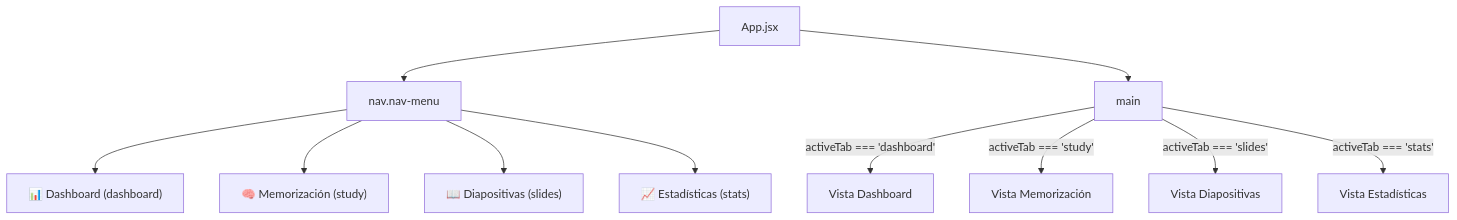
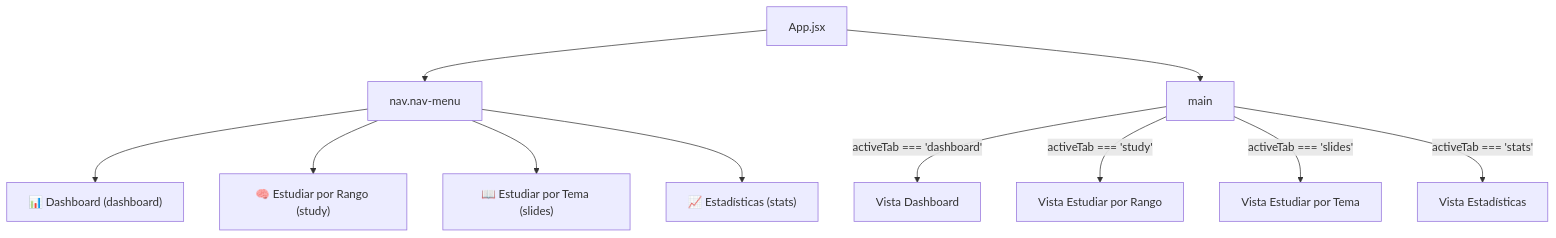
One commit to martinvarela206/MemoCard changed the second of 2 diagrams in Docs/mapa_de_componentes.md. Above: the diagram before and after it, drawn with Mermaid. The commit also changed other lines of this file and 2 other files, not shown here.

````diff
--- a/Docs/mapa_de_componentes.md
+++ b/Docs/mapa_de_componentes.md
@@ -52,15 +52,15 @@
 ```mermaid
 graph TD
     App[App.jsx] --> Nav[nav.nav-menu]
     App --> MainContainer[main]
     
     Nav --> TabDash["📊 Dashboard (dashboard)"]
-    Nav --> TabStudy["🧠 Memorización (study)"]
-    Nav --> TabSlides["📖 Diapositivas (slides)"]
+    Nav --> TabStudy["🧠 Estudiar por Rango (study)"]
+    Nav --> TabSlides["📖 Estudiar por Tema (slides)"]
     Nav --> TabStats["📈 Estadísticas (stats)"]
 
     MainContainer -->|activeTab === 'dashboard'| ViewDash[Vista Dashboard]
-    MainContainer -->|activeTab === 'study'| ViewStudy[Vista Memorización]
-    MainContainer -->|activeTab === 'slides'| ViewSlides[Vista Diapositivas]
+    MainContainer -->|activeTab === 'study'| ViewStudy[Vista Estudiar por Rango]
+    MainContainer -->|activeTab === 'slides'| ViewSlides[Vista Estudiar por Tema]
     MainContainer -->|activeTab === 'stats'| ViewStats[Vista Estadísticas]
 ```
````
